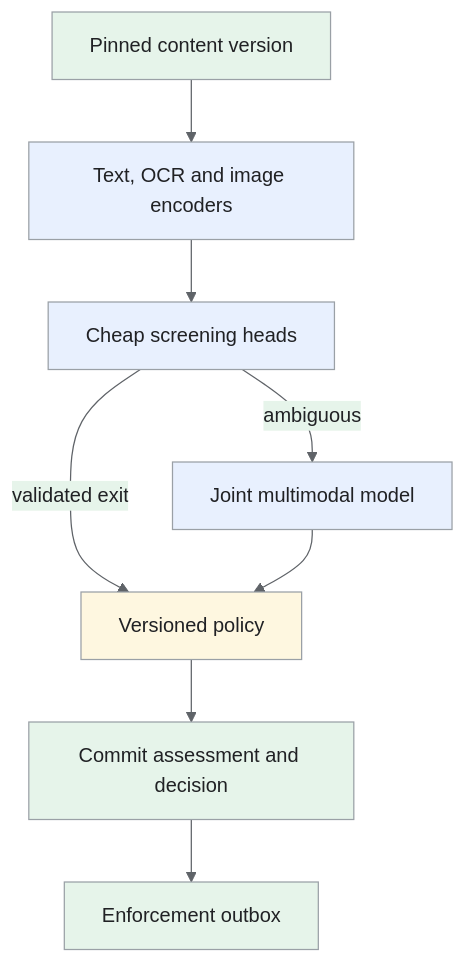
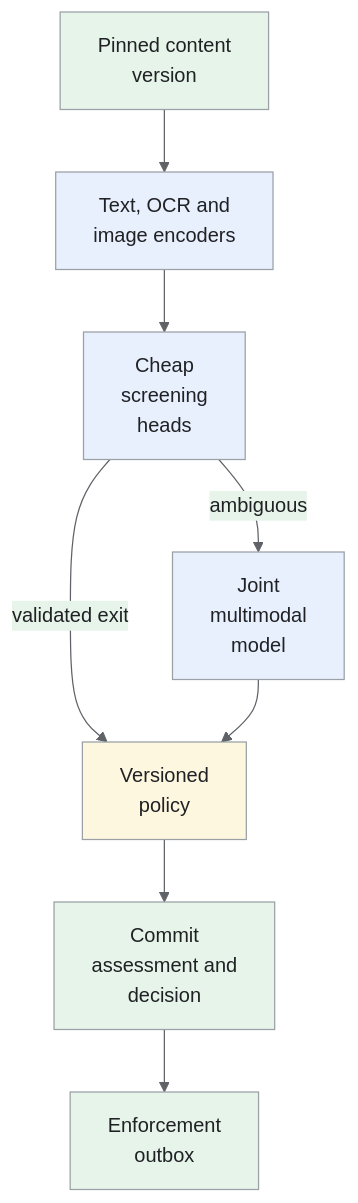
One commit to iliazlobin/iliazlobin.github.io changed the fourth of 4 diagrams in _designs/harmful-content-detection.md. Above: the diagram before and after it, drawn with Mermaid. The commit also changed other lines of this file and 116 other files, not shown here.

````diff
--- a/_designs/harmful-content-detection.md
+++ b/_designs/harmful-content-detection.md
@@ -263,18 +274,18 @@
 ```mermaid
 %%{init: {'theme':'base','themeVariables':{'primaryColor':'#e8f0fe','primaryTextColor':'#202124','primaryBorderColor':'#9aa0a6','lineColor':'#5f6368','secondaryColor':'#e6f4ea','tertiaryColor':'#fef7e0','actorBkg':'#e8f0fe','actorBorder':'#9aa0a6','actorTextColor':'#202124','noteBkgColor':'#fef7e0','noteTextColor':'#202124','noteBorderColor':'#9aa0a6','signalColor':'#5f6368','signalTextColor':'#202124','labelBoxBkgColor':'#fef7e0','labelBoxBorderColor':'#9aa0a6'}}}%%
 flowchart TB
-    C["Pinned content version"] --> S["Text, OCR and image encoders"]
-    S --> F["Cheap screening heads"]
-    F -->|ambiguous| H["Joint multimodal model"]
-    F -->|validated exit| P["Versioned policy"]
+    C["Pinned content<br>version"] --> S["Text, OCR and<br>image encoders"]
+    S --> F["Cheap<br>screening<br>heads"]
+    F -->|ambiguous| H["Joint<br>multimodal<br>model"]
+    F -->|validated exit| P["Versioned<br>policy"]
     H --> P
-    P --> D["Commit assessment and decision"]
-    D --> E["Enforcement outbox"]
+    P --> D["Commit<br>assessment and<br>decision"]
+    D --> E["Enforcement<br>outbox"]
 classDef request fill:#e8f0fe,stroke:#9aa0a6,color:#202124;
 classDef data fill:#e6f4ea,stroke:#9aa0a6,color:#202124;
 classDef control fill:#fef7e0,stroke:#9aa0a6,color:#202124;
 class S,F,H request;
 class C,D,E data;
 class P control;
 
 ```
````
